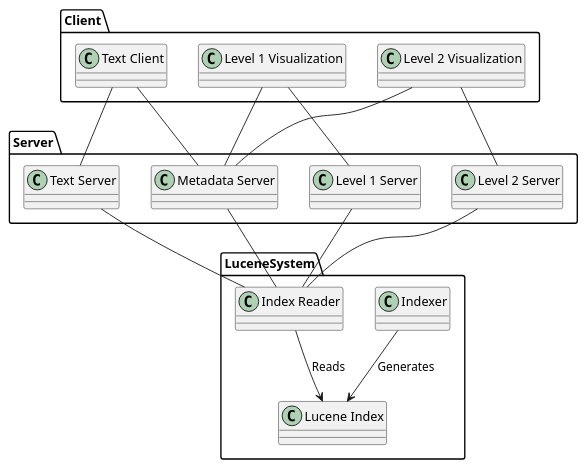
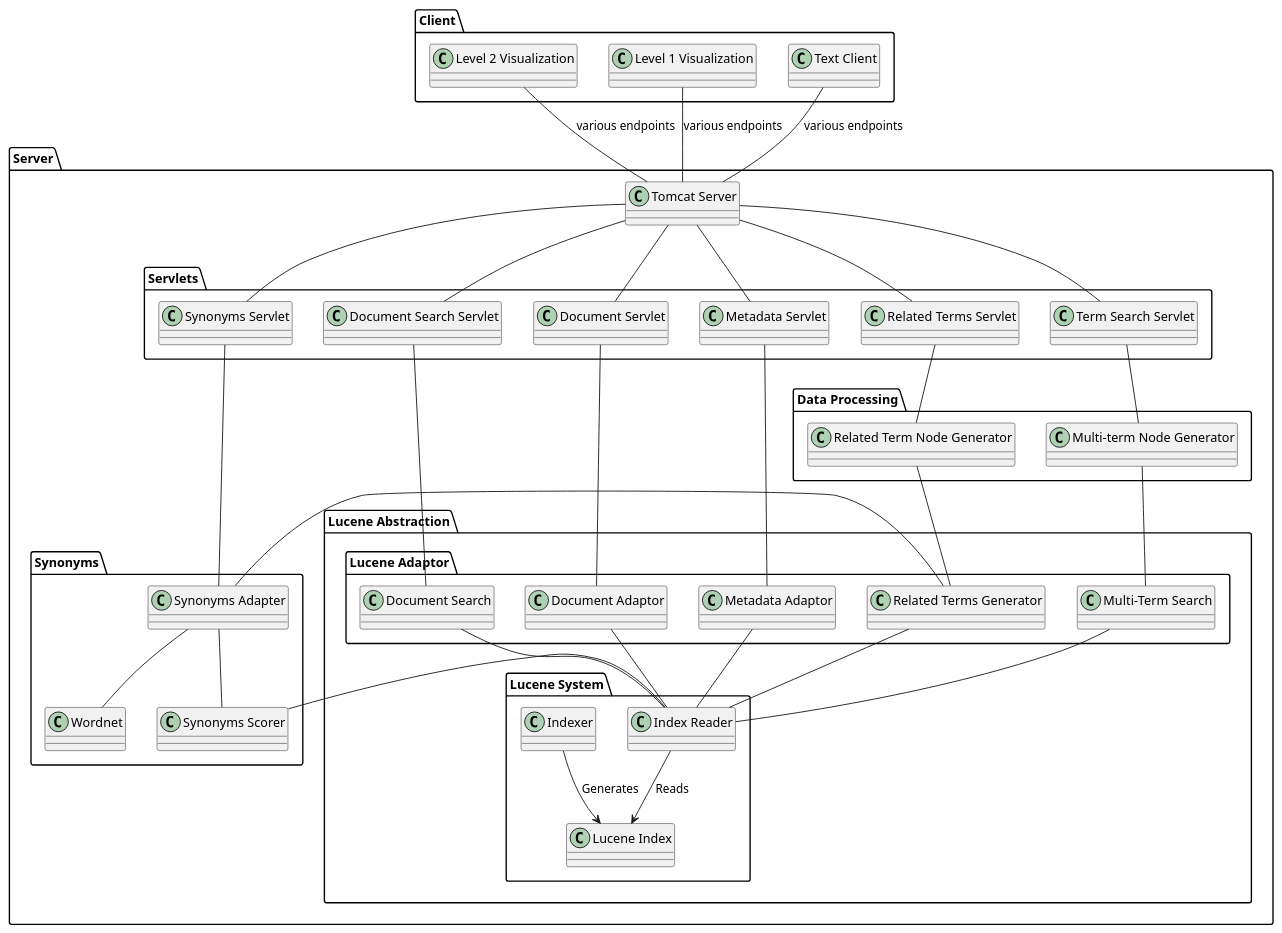
The diagram in diagrams/HighLevelDiagram.puml (Zenohm/DocumentVisualization), drawn with PlantUML before and after one commit.

Commit message:
Revised the high-level diagram

```diff
--- a/diagrams/HighLevelDiagram.puml
+++ b/diagrams/HighLevelDiagram.puml
@@ -1,39 +1,91 @@
 @startuml
 
 package Client {
     class "Text Client" as tclient
     class "Level 1 Visualization" as l1vis
     class "Level 2 Visualization" as l2vis
 }
 
 package Server {
-    class "Text Server" as tserver
-    class "Level 1 Server" as l1server
-    class "Level 2 Server" as l2server
-    class "Metadata Server" as mdserver
-}
 
-package LuceneSystem {
-    class "Index Reader" as ireader
-    class "Lucene Index" as index
-    class "Indexer" as indexer
+    class "Tomcat Server" as tserver
 
-    ireader -down-> index : Reads
-    index <-up- indexer : Generates
+    package Servlets {
+        class "Term Search Servlet" as l1server
+        class "Related Terms Servlet" as l2server
+        class "Metadata Servlet" as mdserver
+        class "Synonyms Servlet" as synserver
+        class "Document Servlet" as docserver
+        class "Document Search Servlet" as docsearchserver
+    }
+
+    tserver -down- l1server
+    tserver -down- l2server
+    tserver -down- mdserver
+    tserver -down- synserver
+    tserver -down- docserver
+    tserver -down- docsearchserver
+
+    tserver -up- tclient : various endpoints
+    tserver -up- l1vis : various endpoints
+    tserver -up- l2vis : various endpoints
+
+    package "Data Processing" {
+        class "Multi-term Node Generator" as mtnodegen
+        class "Related Term Node Generator" as rtnodegen
+    }
+
+    mtnodegen -up- l1server
+    rtnodegen -up- l2server
+
+    package "Lucene Abstraction" {
+        package "Lucene System" {
+            class "Index Reader" as ireader
+            class "Lucene Index" as index
+            class "Indexer" as indexer
+
+            ireader -down-> index : Reads
+            index <-up- indexer : Generates
+        }
+
+        package "Lucene Adaptor" {
+            class "Metadata Adaptor" as metasearch
+            class "Document Adaptor" as docadapt
+            class "Document Search" as dsearch
+            class "Multi-Term Search" as mtsearch
+            class "Related Terms Generator" as rtgen
+        }
+
+        metasearch -down- ireader
+        docadapt -down- ireader
+        dsearch -down- ireader
+        mtsearch -down- ireader
+        rtgen -down- ireader
+
+    }
+
+    metasearch -up- mdserver
+    docadapt -up- docserver
+    dsearch -up- docsearchserver
+
+
+    package "Synonyms" {
+        class "Synonyms Adapter" as synadapt
+        class "Synonyms Scorer" as synscore
+        class Wordnet
+
+        synadapt -down- Wordnet
+        synadapt -- synscore
+
+        synscore - ireader
+    }
+
+    synadapt -up- synserver
+    mtsearch -up- mtnodegen
+    rtgen -up- rtnodegen
+
+    rtgen -down- synadapt
 
 }
 
-ireader -up- tserver
-ireader -up- l1server
-ireader -up- l2server
-ireader -up- mdserver
-
-tclient -down- tserver
-l1vis -down- l1server
-l2vis -down- l2server
-
-tclient -down- mdserver
-l1vis -down- mdserver
-l2vis -down- mdserver
-
 @enduml
```
